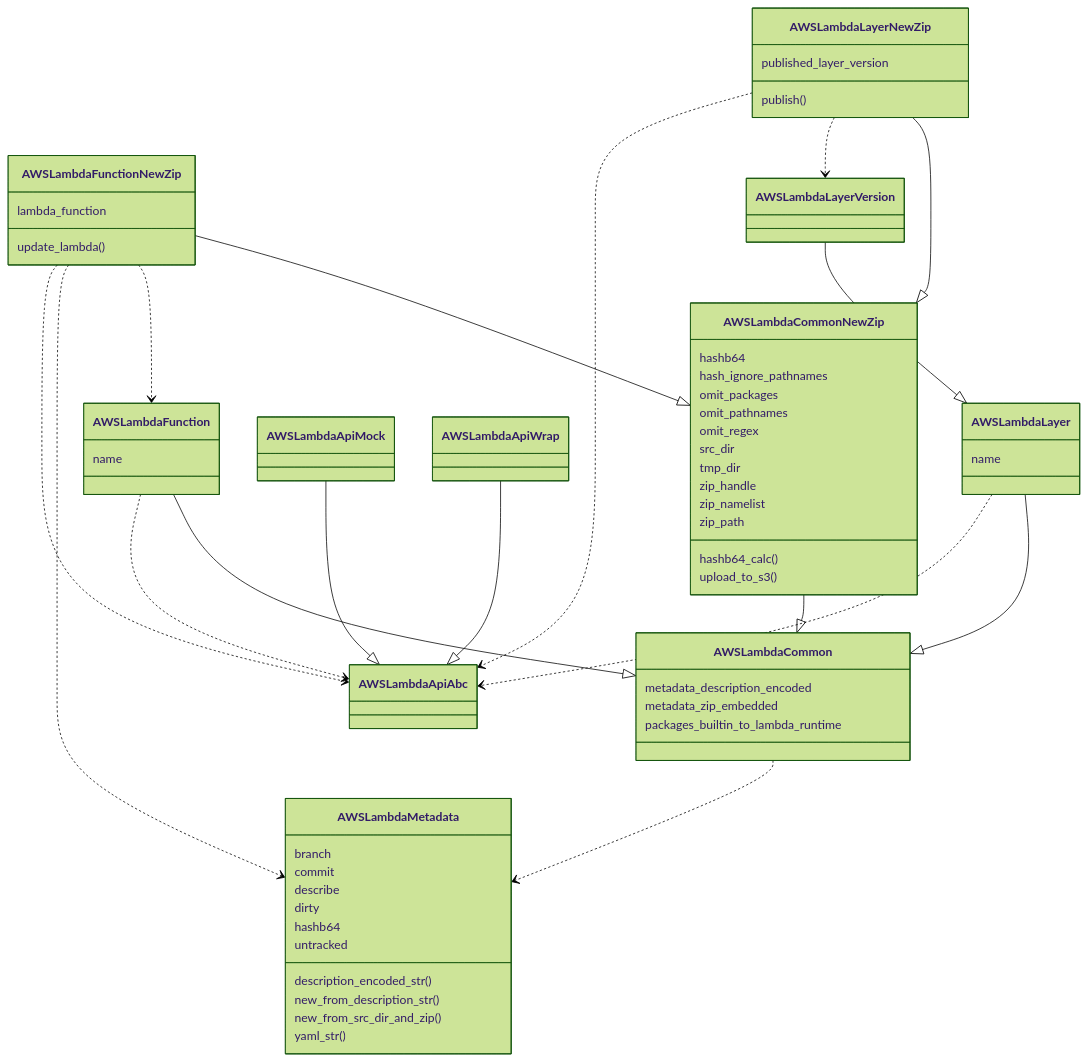
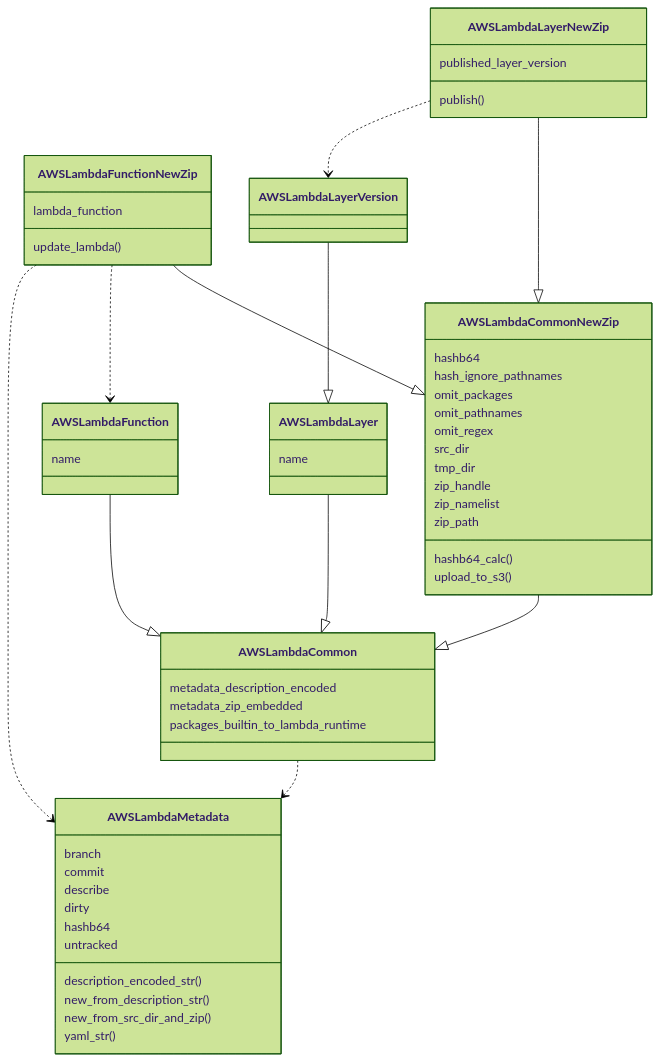
Before and after one commit to jeffsw/lambda_zip: the diagram in DEVNOTES.md, drawn with Mermaid (forest theme). The commit also changed 2 other files, not shown here.

Commit message:
GH-2: creating ABC around the Lambda API functionality we use

````diff
--- a/DEVNOTES.md
+++ b/DEVNOTES.md
@@ -43,79 +43,80 @@
 ```mermaid
 classDiagram
     AWSLambdaCommonNewZip --|> AWSLambdaCommon
 
     AWSLambdaFunction --|> AWSLambdaCommon
     AWSLambdaFunctionNewZip --|> AWSLambdaCommonNewZip
 
     AWSLambdaLayer --|> AWSLambdaCommon
 
     AWSLambdaLayerNewZip --|> AWSLambdaCommonNewZip
     AWSLambdaLayerNewZip ..> AWSLambdaLayerVersion
     AWSLambdaLayerVersion --|> AWSLambdaLayer
+    %% AWSLambdaLayerVersion ..> AWSLambdaApiAbc
 
     AWSLambdaCommon ..> AWSLambdaMetadata
 
     AWSLambdaFunctionNewZip ..> AWSLambdaFunction
     AWSLambdaFunctionNewZip ..> AWSLambdaMetadata
 
-    AWSLambdaApiAbc
-    AWSLambdaApiMock --|> AWSLambdaApiAbc
-    AWSLambdaApiWrap --|> AWSLambdaApiAbc
+    %% AWSLambdaApiAbc
+    %% AWSLambdaApiMock --|> AWSLambdaApiAbc
+    %% AWSLambdaApiWrap --|> AWSLambdaApiAbc
 
-    AWSLambdaFunction ..> AWSLambdaApiAbc
-    AWSLambdaFunctionNewZip ..> AWSLambdaApiAbc
-    AWSLambdaLayer ..> AWSLambdaApiAbc
-    AWSLambdaLayerNewZip ..> AWSLambdaApiAbc
+    %% AWSLambdaFunction ..> AWSLambdaApiAbc
+    %% AWSLambdaFunctionNewZip ..> AWSLambdaApiAbc
+    %% AWSLambdaLayer ..> AWSLambdaApiAbc
+    %% AWSLambdaLayerNewZip ..> AWSLambdaApiAbc
 
     class AWSLambdaFunction {
         name
     }
 
     class AWSLambdaLayer {
         name
     }
 
     class AWSLambdaCommon {
         metadata_description_encoded
         metadata_zip_embedded
         packages_builtin_to_lambda_runtime
     }
 
     class AWSLambdaCommonNewZip {
         hashb64
         hash_ignore_pathnames
         omit_packages
         omit_pathnames
         omit_regex
         src_dir
         tmp_dir
         zip_handle
         zip_namelist
         zip_path
         hashb64_calc()
         upload_to_s3()
     }
     
     class AWSLambdaFunctionNewZip {
         lambda_function
         update_lambda()
     }
     
     class AWSLambdaLayerNewZip {
         published_layer_version
         publish()
     }
     
     class AWSLambdaMetadata {
         branch
         commit
         describe
         dirty
         hashb64
         untracked
         description_encoded_str()
         new_from_description_str()
         new_from_src_dir_and_zip()
         yaml_str()
     }
 ```
````
